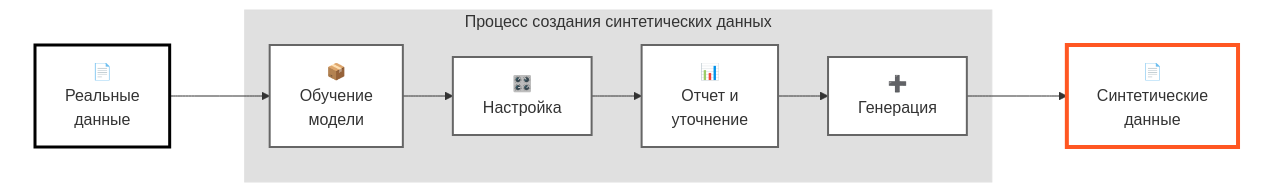
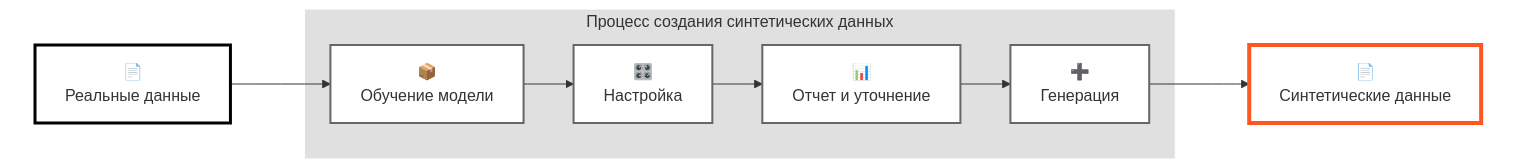
One commit to sabahtalateh/ainots changed the tenth of 11 diagrams in specds.md. Above: the diagram before and after it, drawn with Mermaid. The commit also changed other lines of this file, not shown here.

Commit message:
Добавлена диаграмма работы копилота (ИИ ассистента)

````diff
--- a/specds.md
+++ b/specds.md
@@ -2194,33 +2194,33 @@
 ```mermaid
 flowchart LR
     subgraph input[" "]
-        A[📄<br/>Реальные<br/>данные]
+        A[📄<br/>Реальные данные]
     end
     
     subgraph process["Процесс создания синтетических данных"]
-        B[📦<br/>Обучение<br/>модели]
+        B[📦<br/>Обучение модели]
         C[🎛️<br/>Настройка]
-        D[📊<br/>Отчет и<br/>уточнение]
+        D[📊<br/>Отчет и уточнение]
         E[➕<br/>Генерация]
     end
     
     subgraph output[" "]
-        F[📄<br/>Синтетические<br/>данные]
+        F[📄<br/>Синтетические данные]
     end
     
     A --> B
     B --> C
     C --> D
     D --> E
     E --> F
     
     style A fill:#fff,stroke:#000,stroke-width:3px
     style F fill:#fff,stroke:#ff5722,stroke-width:4px
     style process fill:#e0e0e0,stroke:#e0e0e0
     style input fill:#fff,stroke:#fff
     style output fill:#fff,stroke:#fff
     style B fill:#fff,stroke:#666,stroke-width:2px
     style C fill:#fff,stroke:#666,stroke-width:2px
     style D fill:#fff,stroke:#666,stroke-width:2px
     style E fill:#fff,stroke:#666,stroke-width:2px
 ```
````
